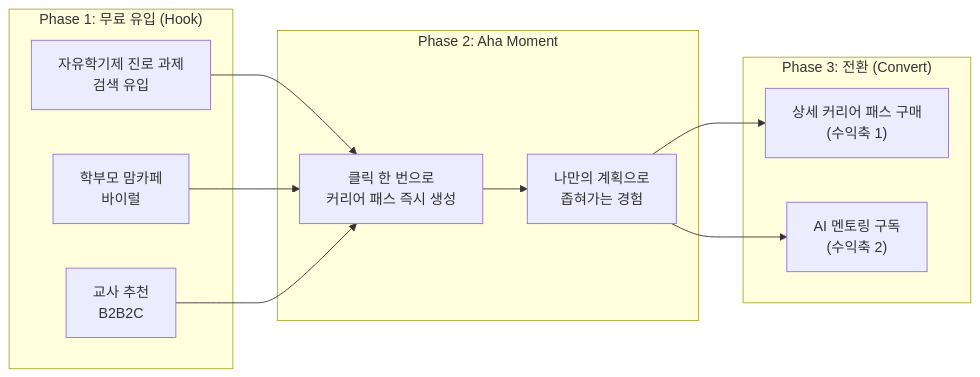
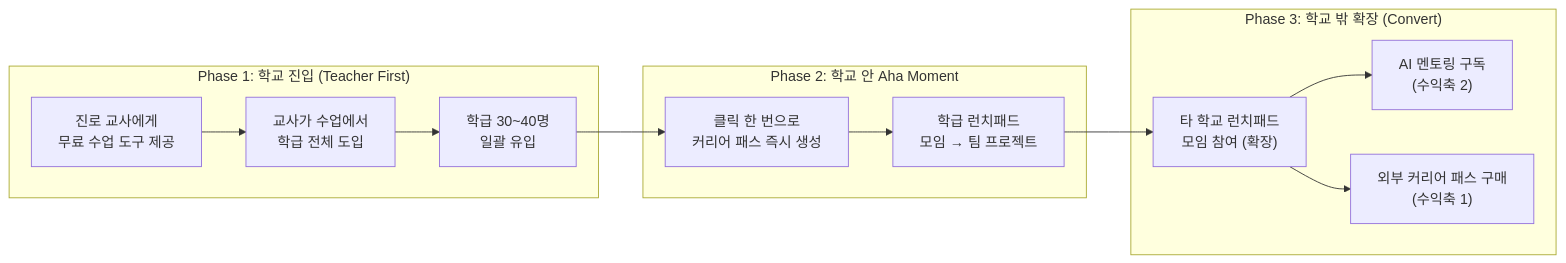
Before and after one commit to Collegenie-X/AI-career-path: the eighth of 9 diagrams in INVESTMENT_PROPOSAL.md, drawn with Mermaid. The commit also changed other lines of this file and 10 other files, not shown here.

````diff
--- a/INVESTMENT_PROPOSAL.md
+++ b/INVESTMENT_PROPOSAL.md
@@ -527,20 +700,19 @@
 ```mermaid
 graph LR
-    subgraph "Phase 1: 무료 유입 (Hook)"
-        A["자유학기제 진로 과제<br/>검색 유입"]
-        B["학부모 맘카페<br/>바이럴"]
-        C["교사 추천<br/>B2B2C"]
+    subgraph "Phase 1: 학교 진입 (Teacher First)"
+        A["진로 교사에게<br/>무료 수업 도구 제공"]
+        A --> B["교사가 수업에서<br/>학급 전체 도입"]
+        B --> C["학급 30~40명<br/>일괄 유입"]
     end
 
-    subgraph "Phase 2: Aha Moment"
-        A --> D["클릭 한 번으로<br/>커리어 패스 즉시 생성"]
-        B --> D
-        C --> D
-        D --> E["나만의 계획으로<br/>좁혀가는 경험"]
+    subgraph "Phase 2: 학교 안 Aha Moment"
+        C --> D["클릭 한 번으로<br/>커리어 패스 즉시 생성"]
+        D --> E["학급 런치패드<br/>모임 → 팀 프로젝트"]
     end
 
-    subgraph "Phase 3: 전환 (Convert)"
-        E --> F["상세 커리어 패스 구매<br/>(수익축 1)"]
-        E --> G["AI 멘토링 구독<br/>(수익축 2)"]
+    subgraph "Phase 3: 학교 밖 확장 (Convert)"
+        E --> F["타 학교 런치패드<br/>모임 참여 (확장)"]
+        F --> G["AI 멘토링 구독<br/>(수익축 2)"]
+        F --> H2["외부 커리어 패스 구매<br/>(수익축 1)"]
     end
 ```
````
